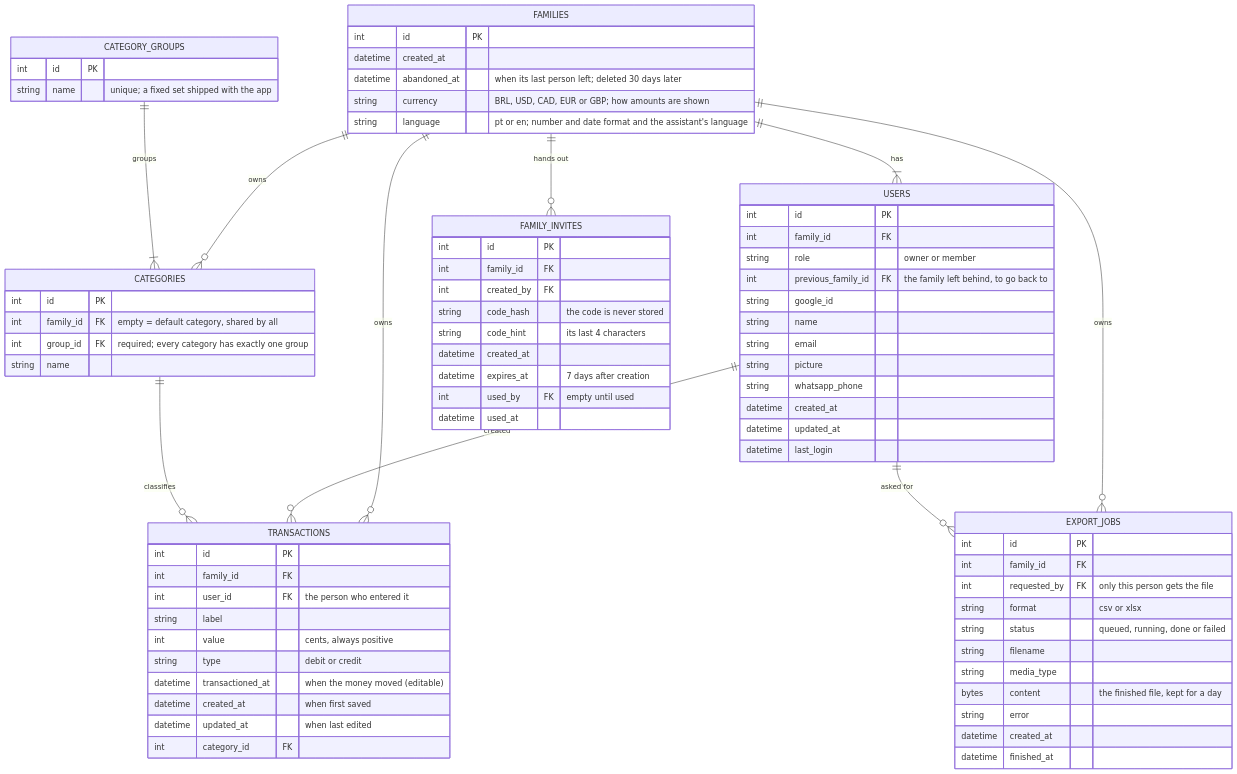
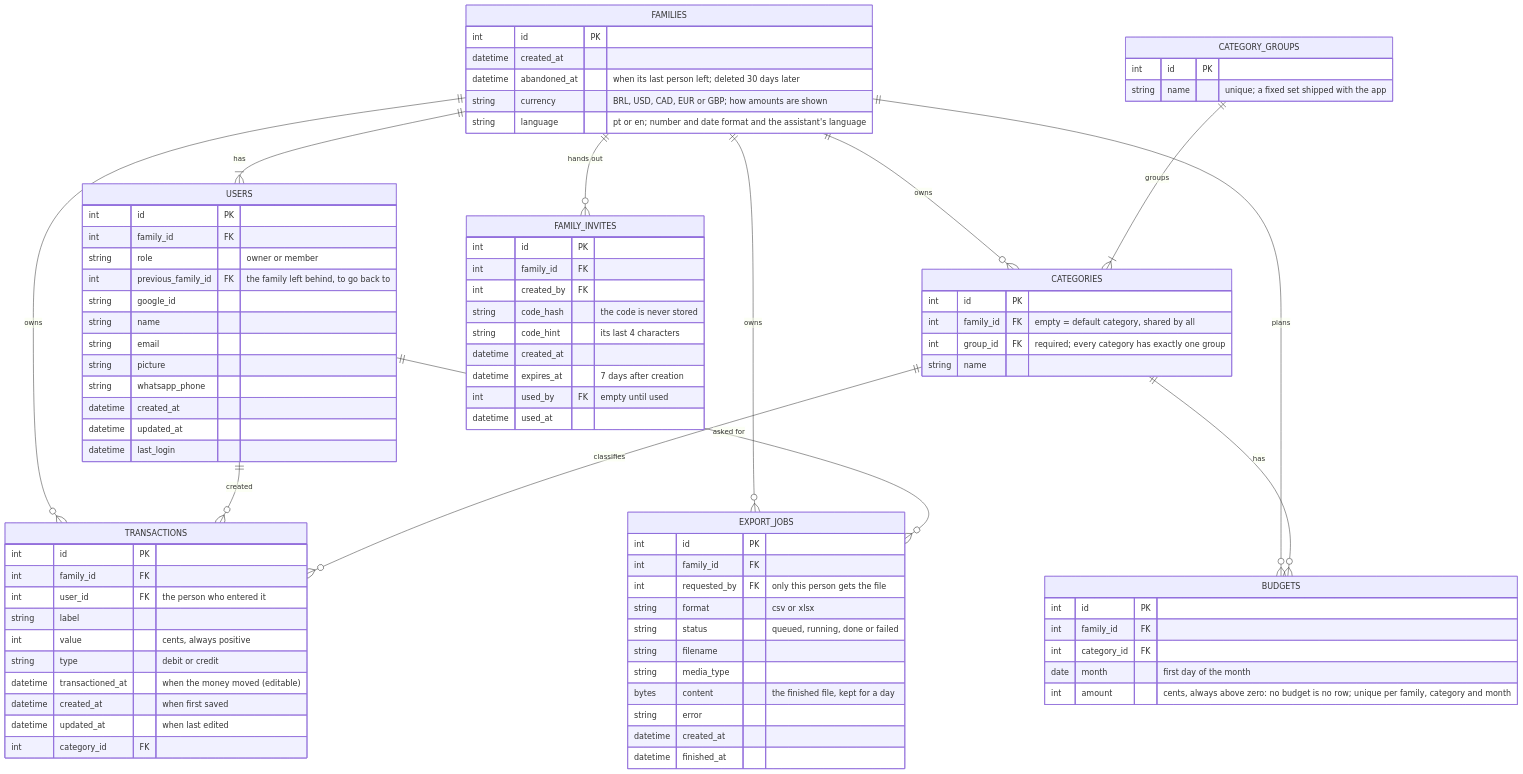
The second of 4 diagrams in docs/SYSTEM_DESIGN.md (lucabattesini/money-budget), drawn with Mermaid before and after one commit. The commit also changed other lines of this file and 22 other files, not shown here.

First line of the commit message:
MB-0022 feat: add monthly budgets per category

````diff
--- a/docs/SYSTEM_DESIGN.md
+++ b/docs/SYSTEM_DESIGN.md
@@ -253,6 +255,13 @@
         datetime used_at
     }
 
+    BUDGETS {
+        int id PK
+        int family_id FK
+        int category_id FK
+        date month "first day of the month"
+        int amount "cents, always above zero: no budget is no row; unique per family, category and month"
+    }
     EXPORT_JOBS {
         int id PK
         int family_id FK
@@ -271,9 +280,11 @@
     FAMILIES ||--o{ TRANSACTIONS : "owns"
     FAMILIES ||--o{ CATEGORIES : "owns"
     FAMILIES ||--o{ EXPORT_JOBS : "owns"
+    FAMILIES ||--o{ BUDGETS : "plans"
     FAMILIES ||--o{ FAMILY_INVITES : "hands out"
     USERS ||--o{ TRANSACTIONS : "created"
     USERS ||--o{ EXPORT_JOBS : "asked for"
     CATEGORY_GROUPS ||--|{ CATEGORIES : "groups"
     CATEGORIES ||--o{ TRANSACTIONS : "classifies"
+    CATEGORIES ||--o{ BUDGETS : "has"
 ```
````
